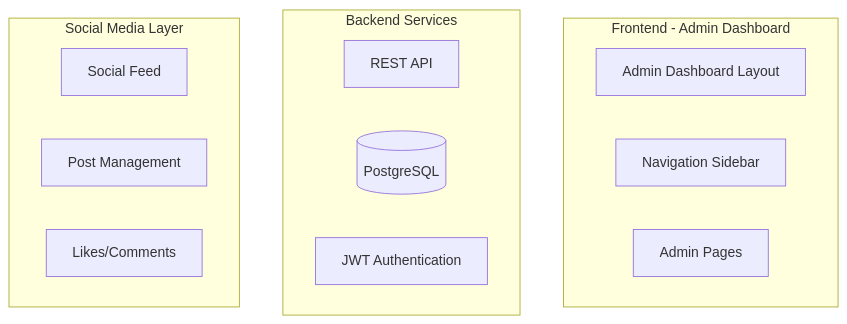
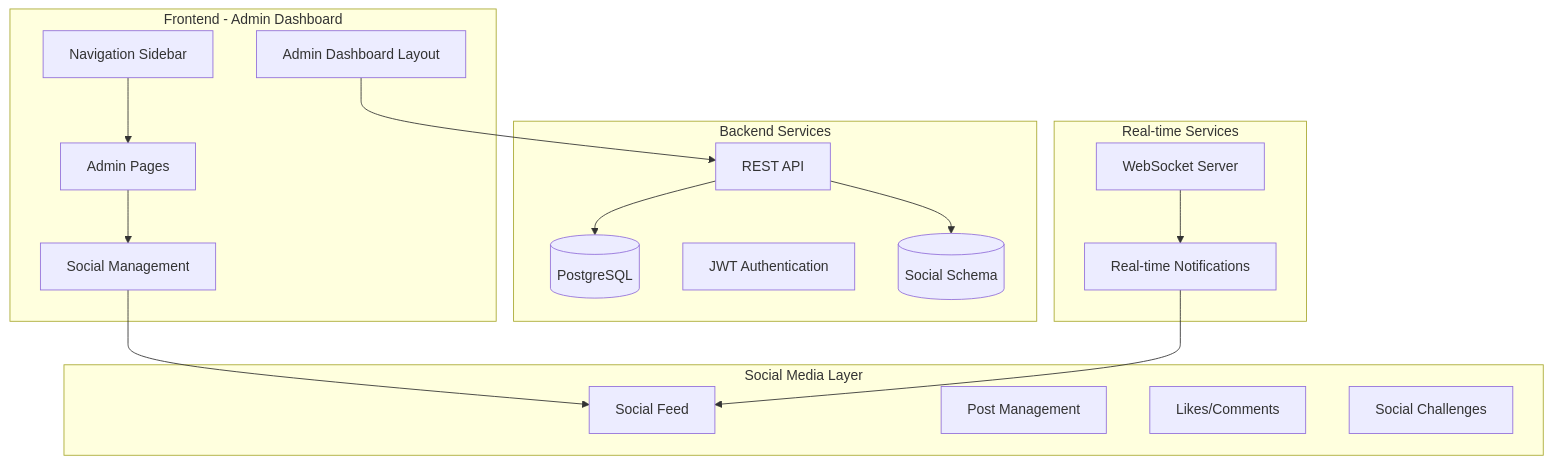
The first of 5 diagrams in docs/ai-workflow/AI-VILLAGE-ADMIN-DASHBOARD-REBUILD-MASTER-PROMPT.md (SeanSwan/-SS-PT-New), drawn with Mermaid before and after one commit. The commit also changed other lines of this file, not shown here.

First line of the commit message:
docs: Update Admin Dashboard Master Blueprint with 4-tier user hierarchy

````diff
--- a/docs/ai-workflow/AI-VILLAGE-ADMIN-DASHBOARD-REBUILD-MASTER-PROMPT.md
+++ b/docs/ai-workflow/AI-VILLAGE-ADMIN-DASHBOARD-REBUILD-MASTER-PROMPT.md
@@ -70,20 +170,37 @@
 ```mermaid
 graph TB
     subgraph "Frontend - Admin Dashboard"
         AdminLayout[Admin Dashboard Layout]
         Sidebar[Navigation Sidebar]
         Pages[Admin Pages]
+        SocialAdmin[Social Management]
     end
 
     subgraph "Backend Services"
         API[REST API]
         DB[(PostgreSQL)]
         Auth[JWT Authentication]
+        SocialDB[(Social Schema)]
     end
 
     subgraph "Social Media Layer"
         Feed[Social Feed]
         Posts[Post Management]
         Interactions[Likes/Comments]
+        Challenges[Social Challenges]
     end
+
+    subgraph "Real-time Services"
+        WS[WebSocket Server]
+        Notifications[Real-time Notifications]
+    end
+
+    AdminLayout --> API
+    Sidebar --> Pages
+    Pages --> SocialAdmin
+    SocialAdmin --> Feed
+    API --> DB
+    API --> SocialDB
+    WS --> Notifications
+    Notifications --> Feed
 ```
````
